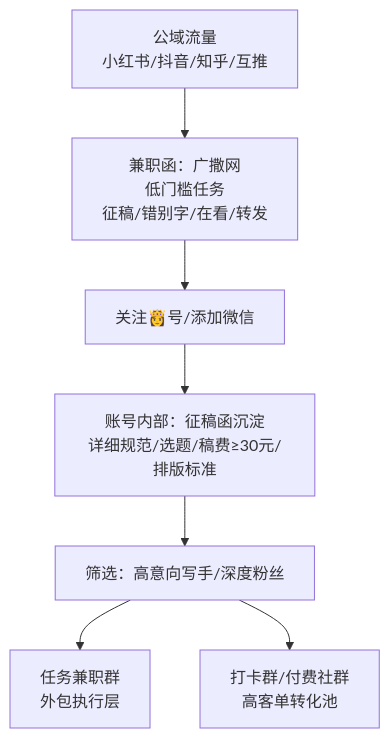
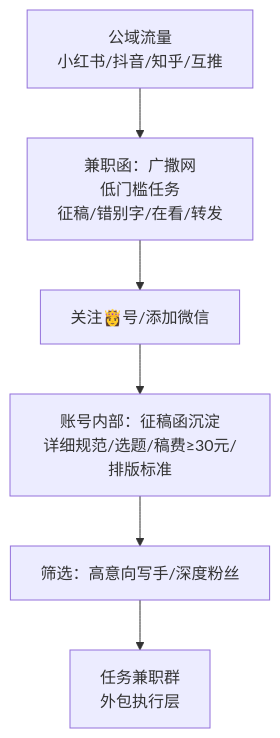
Before and after one commit to OpenDocCN1/flygon-zhuanqian-zhoubao: the fifth of 17 diagrams in docs/202305_paper2textbook/asset/body_fix_fef9f673e3f2ac5d232e000cf07b6bd1_1cbe366ec61a8d2e900413408606dd4c_2fbd71f0d27032695779edb4451cea29_905dee25f6228ec1e71eb8a75cbc36af.md, drawn with Mermaid. The commit also changed other lines of this file and 14991 other files, not shown here.

````diff
--- a/docs/202305_paper2textbook/asset/body_fix_fef9f673e3f2ac5d232e000cf07b6bd1_1cbe366ec61a8d2e900413408606dd4c_2fbd71f0d27032695779edb4451cea29_905dee25f6228ec1e71eb8a75cbc36af.md
+++ b/docs/202305_paper2textbook/asset/body_fix_fef9f673e3f2ac5d232e000cf07b6bd1_1cbe366ec61a8d2e900413408606dd4c_2fbd71f0d27032695779edb4451cea29_905dee25f6228ec1e71eb8a75cbc36af.md
@@ -241,9 +242,8 @@
 ```mermaid
 flowchart TD
     A[公域流量<br/>小红书/抖音/知乎/互推] --> B[兼职函：广撒网<br/>低门槛任务<br/>征稿/错别字/在看/转发]
     B --> C[关注👸号/添加微信]
     C --> D[账号内部：征稿函沉淀<br/>详细规范/选题/稿费≥30元/排版标准]
     D --> E[筛选：高意向写手/深度粉丝]
     E --> F[任务兼职群<br/>外包执行层]
-    E --> G[打卡群/付费社群<br/>高客单转化池]
 ```
````
